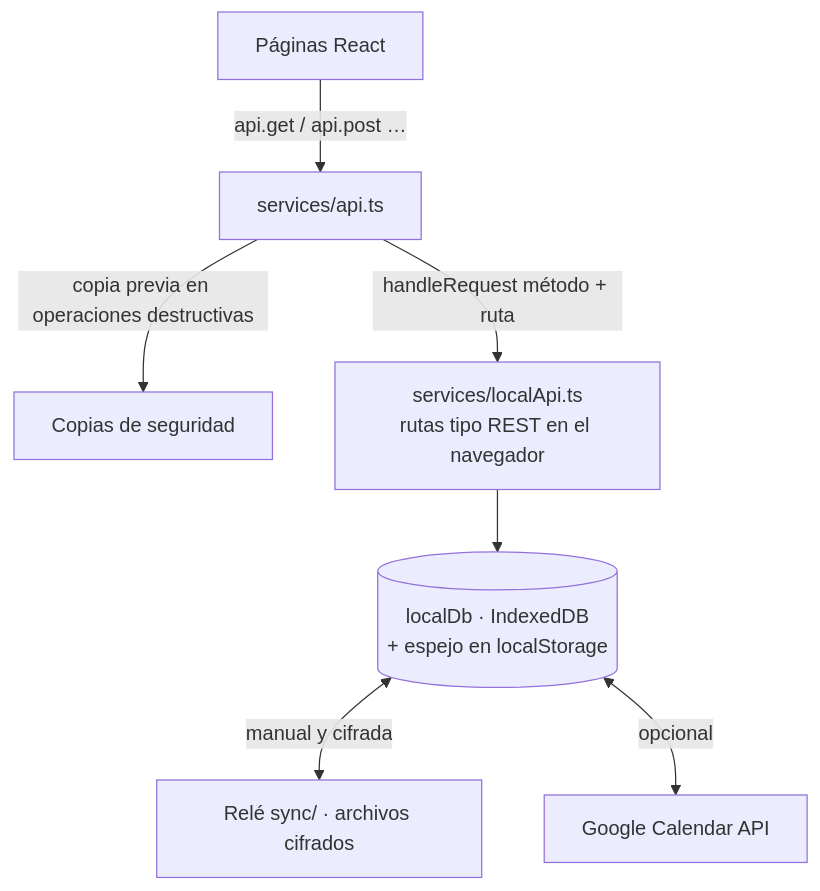
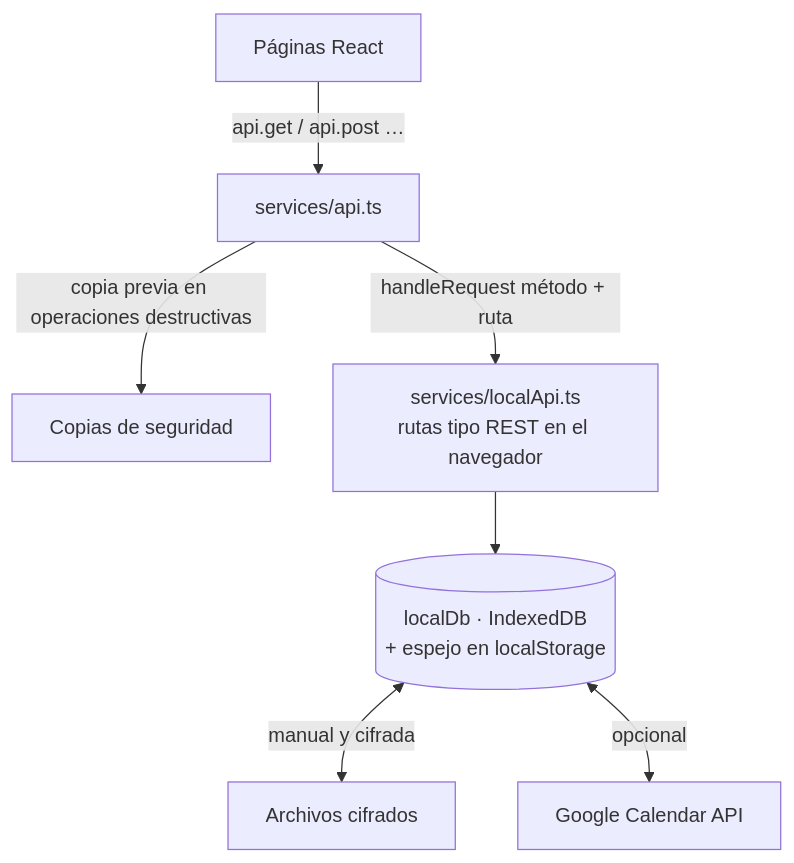
The diagram in README.md (AlejandroDukesini/Personal_Task_Gestor), drawn with Mermaid before and after one commit. The commit also changed other lines of this file and 21 other files, not shown here.

````diff
--- a/README.md
+++ b/README.md
@@ -145,9 +143,9 @@
 ```mermaid
 graph TD
     UI[Páginas React] -->|api.get / api.post …| API[services/api.ts]
     API -->|copia previa en operaciones destructivas| BK[Copias de seguridad]
     API -->|handleRequest método + ruta| LAPI[services/localApi.ts<br/>rutas tipo REST en el navegador]
     LAPI --> DB[(localDb · IndexedDB<br/>+ espejo en localStorage)]
-    DB <-->|manual y cifrada| SYNC[Relé sync/ · archivos cifrados]
+    DB <-->|manual y cifrada| SYNC[Archivos cifrados]
     DB <-->|opcional| GCAL[Google Calendar API]
 ```
````
